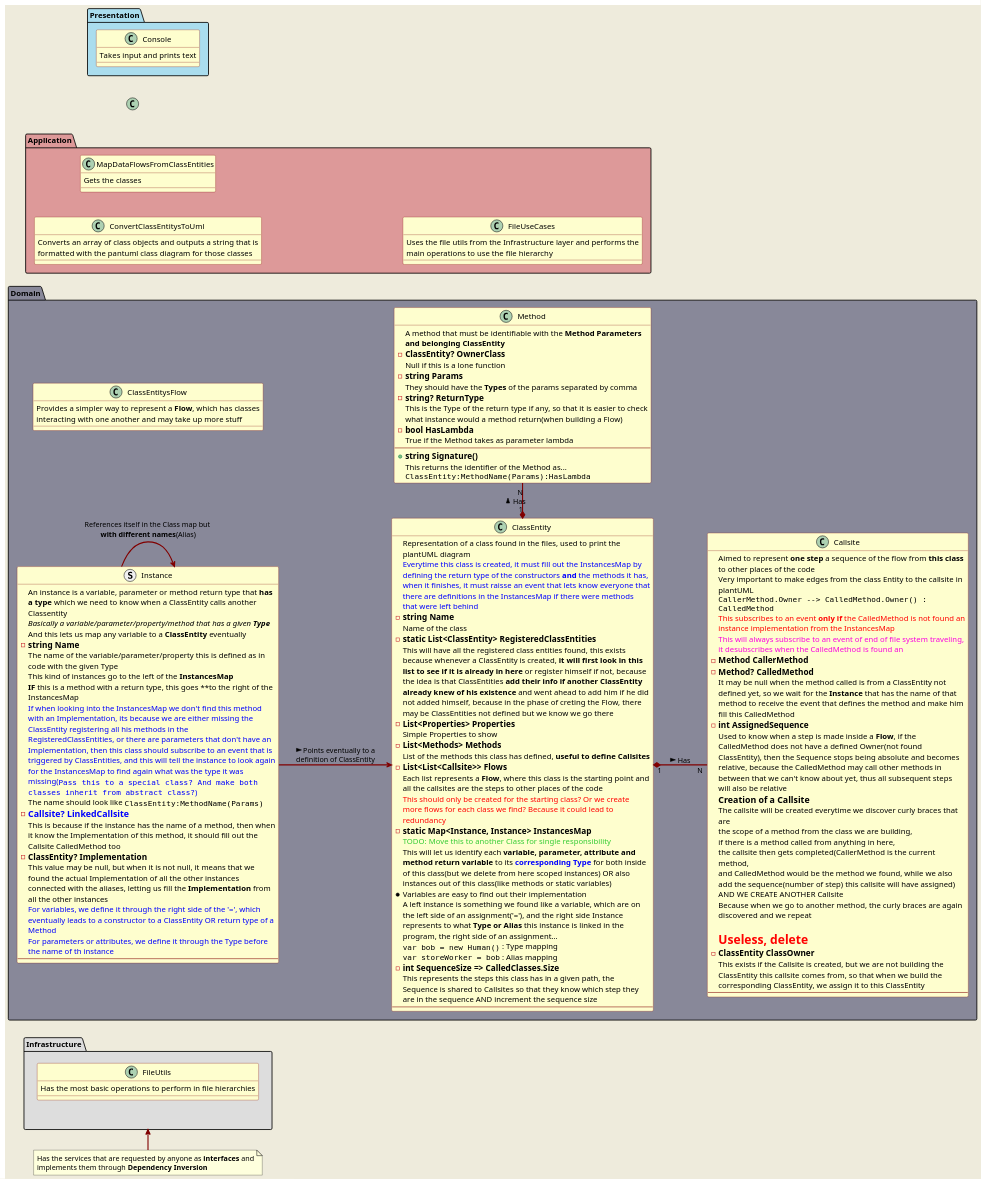
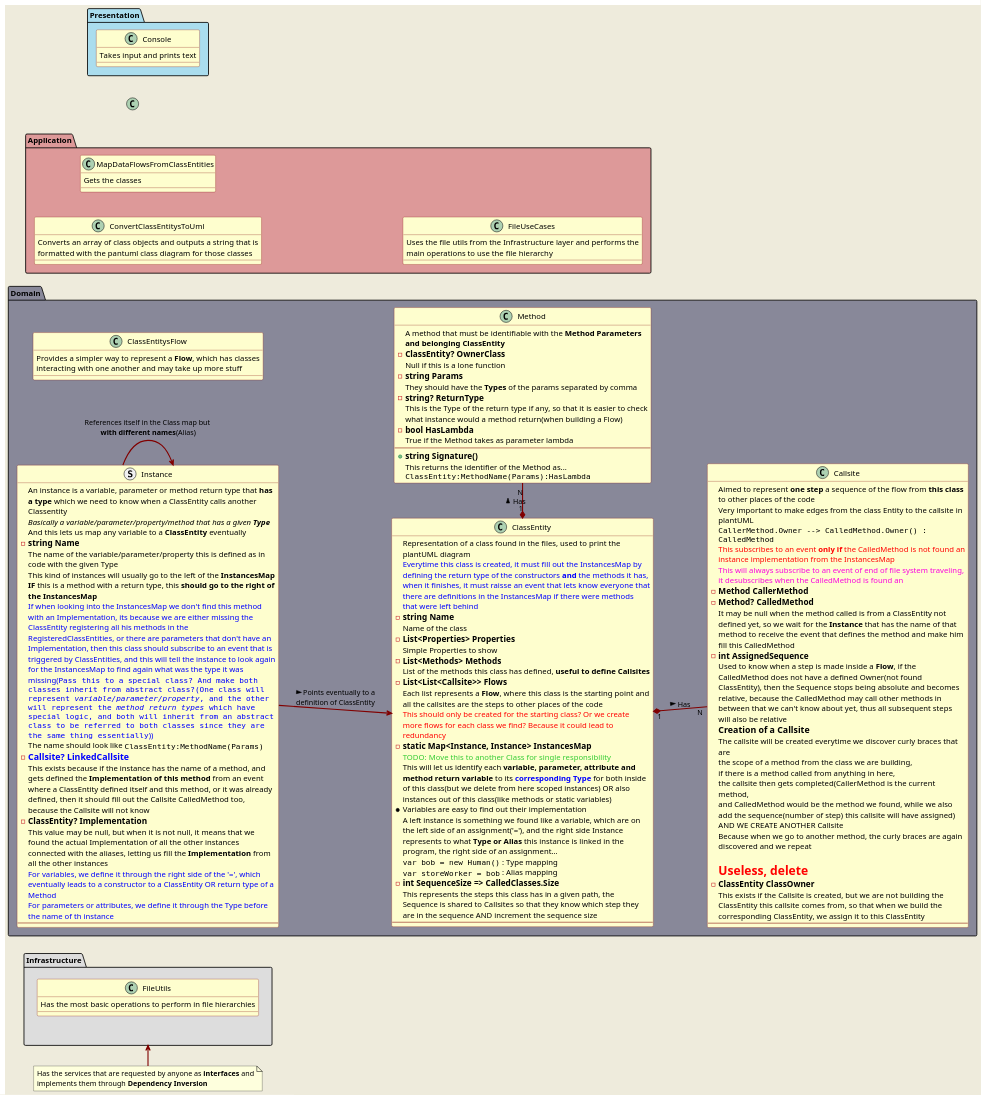
The diagram in Deesign/StartingDesign.puml (ToughKnee/FlowUML), drawn with PlantUML before and after one commit. The commit also changed 9 other files, not shown here.

```diff
--- a/Deesign/StartingDesign.puml
+++ b/Deesign/StartingDesign.puml
@@ -1,191 +1,189 @@
 @startuml
 
 'skinparam componentStyle uml1
 'skinparam linetype polyline
 'skinparam linetype ortho
 skinparam Nodesep 45
 'skinparam Ranksep 45
 'top to bottom direction
 left to right direction
 skinparam wrapWidth 450
 Skinparam backgroundColor #EEEBDC
 skinparam class {
 ArrowColor Maroon
 BorderColor Maroon
 BackgroundColor  #fefece
 ArrowThickness 2
 }
 
 '//===========================  Layout object, invisible object to maipualte the position of other objects
 skinparam class<<Layout>> {
   borderColor Transparent
   backgroundColor Transparent
   fontColor Transparent
   stereotypeFontColor Transparent
 }
 class layouter <<Layout>>
 '//====
 
 package Presentation #ade
 {
   class Console
   {
     Takes input and prints text
   }
 }
 
 
 package Infrastructure #ddd 
 {
   class FileUtils
   {
     Has the most basic operations to perform in file hierarchies
   }
 }
 note as infLayerNote
   Has the services that are requested by anyone as **interfaces** and implements them through **Dependency Inversion**
   end note
   infLayerNote -> Infrastructure
 
 
 package Application #d99
 {
   'TODO: Rethink if this is a good way to manipulate a **Flow** 
   class ConvertClassEntitysToUml
   {
     Converts an array of class objects and outputs a string that is formatted with the pantuml class diagram for those classes
   }
 
   class MapDataFlowsFromClassEntities
   {
     Gets the classes 
   }
 
   class FileUseCases
   {
     Uses the file utils from the Infrastructure layer and performs the main operations to use the file hierarchy
   }
 }
 package Domain #889
 {
   'TODO: Rethink as  just **Flow** instead of this name
   class ClassEntitysFlow
   {
     Provides a simpler way to represent a **Flow**, which has classes interacting with one another and may take up more stuff
   }
 
   class Callsite
   {
     Aimed to represent **one step** a sequence of the flow from **this class** to other places of the code
     Very important to make edges from the class Entity to the callsite in plantUML
     ""CallerMethod.Owner --> CalledMethod.Owner() : CalledMethod""
     <color:Red>This subscribes to an event **only if** the CalledMethod is not found an instance implementation from the InstancesMap
     <color:fa00df>This will always subscribe to an event of end of file system traveling, it desubscribes when the CalledMethod is found an
     -===Method CallerMethod
     -===Method? CalledMethod
     It may be null when the method called is from a ClassEntity not defined yet, so we wait for the **Instance** that has the name of that method to receive the event that defines the method and make him fill this CalledMethod
     -===int AssignedSequence
     Used to know when a step is made inside a **Flow**, if the CalledMethod does not have a defined Owner(not found ClassEntity), then the Sequence stops being absolute and becomes relative, because the CalledMethod may call other methods in between that we can't know about yet, thus all subsequent steps will also be relative
     ==Creation of a Callsite
     The callsite will be created everytime we discover curly braces that are
     the scope of a method from the class we are building,
     if there is a method called from anything in here, 
     the callsite then gets completed(CallerMethod is the current method,
     and CalledMethod would be the method we found, while we also
     add the sequence(number of step) this callsite will have assigned) AND WE CREATE ANOTHER Callsite
     Because when we go to another method, the curly braces are again discovered and we repeat
 
     =<color:Red>Useless, delete
     -===ClassEntity ClassOwner
     This exists if the Callsite is created, but we are not building the ClassEntity this callsite comes from, so that when we build the corresponding ClassEntity, we assign it to this ClassEntity
     ----
   }
 
   /'
   Problem about methods that return a type we don't know
   We are building class A, and we are building the Flow with the callsites
   There is a callsite that heads into the method of class B, which we don't know yet
   And the return type we also don't know'/
 
   class Method
   {
     A method that must be identifiable with the **Method Parameters and belonging ClassEntity** 
     -===ClassEntity? OwnerClass
     Null if this is a lone function
     -===string Params
     They should have the **Types** of the params separated by comma
     -===string? ReturnType
     This is the Type of the return type if any, so that it is easier to check what instance would a method return(when building a Flow)
     -===bool HasLambda
     True if the Method takes as parameter lambda
     ----
     +===string Signature()
     This returns the identifier of the Method as...
     ""ClassEntity:MethodName(Params):HasLambda""
   }
 
   class ClassEntity
   {
     Representation of a class found in the files, used to print the plantUML diagram
     <color:Blue>Everytime this class is created, it must fill out the InstancesMap by defining the return type of the constructors **and** the methods it has, when it finishes, it must raisse an event that lets know everyone that there are definitions in the InstancesMap if there were methods that were left behind
     -===string Name
     Name of the class
-    -===static List<ClassEntity> RegisteredClassEntities
-    This will have all the registered class entities found, this exists because whenever a ClassEntity is created, **it will first look in this list to see if it is already in here** or register himself if not, because the idea is that ClassEntities **add their info if another ClassEntity already knew of his existence** and went ahead to add him if he did not added himself, because in the phase of creting the Flow, there may be ClassEntities not defined but we know we go there
     -===List<Properties> Properties
     Simple Properties to show
     -===List<Methods> Methods
     List of the methods this class has defined, **useful to define Callsites**
     -===List<List<Callsite>> Flows
     Each list represents a **Flow**, where this class is the starting point and all the callsites are the steps to other places of the code
     <color:Red>This should only be created for the starting class? Or we create more flows for each class we find? Because it could lead to redundancy
     -===static Map<Instance, Instance> InstancesMap
     <color:3c3>TODO: Move this to another Class for single responsibility
     This will let us identify each **variable, parameter, attribute and method return variable** to its <color:Blue>**corresponding Type**</color> for both inside of this class(but we delete from here scoped instances) OR also instances out of this class(like methods or static variables)
     *Variables are easy to find out their implementation
     A left instance is something we found like a variable, which are on the left side of an assignment('='), and the right side Instance represents to what **Type or Alias** this instance is linked in the program, the right side of an assignment...
     ""var bob = new Human()"" : Type mapping
     ""var storeWorker = bob"" : Alias mapping
     -===int SequenceSize => CalledClasses.Size
     This represents the steps this class has in a given path, the Sequence is shared to Callsites so that they know which step they are in the sequence AND increment the sequence size 
     ----
   }
 
   struct Instance
   {
     An instance is a variable, parameter or method return type that **has a type** which we need to know when a ClassEntity calls another Classentity
     ====Basically a variable/parameter/property/method that has a given **Type**
     And this lets us map any variable to a **ClassEntity** eventually
     -===string Name
     The name of the variable/parameter/property this is defined as in code with the given Type
-    This kind of instances go to the left of the **InstancesMap**
-    **IF** this is a method with a return type, this goes **to the right of the InstancesMap
-    <color:Blue>If when looking into the InstancesMap we don't find this method with an Implementation, its because we are either missing the ClassEntity registering all his methods in the RegisteredClassEntities, or there are parameters that don't have an Implementation, then this class should subscribe to an event that is triggered by ClassEntities, and this will tell the instance to look again for the InstancesMap to find again what was the type it was missing(""Pass this to a special class? And make both classes inherit from abstract class?"")
+    This kind of instances will usually go to the left of the **InstancesMap**
+    **IF** this is a method with a return type, this **should go to the right of the InstancesMap**
+    <color:Blue>If when looking into the InstancesMap we don't find this method with an Implementation, its because we are either missing the ClassEntity registering all his methods in the RegisteredClassEntities, or there are parameters that don't have an Implementation, then this class should subscribe to an event that is triggered by ClassEntities, and this will tell the instance to look again for the InstancesMap to find again what was the type it was missing(""Pass this to a special class? And make both classes inherit from abstract class?(One class will represent //variable/parameter/property//, and the other will represent the //method return types// which have special logic, and both will inherit from an abstract class to be referred to both classes since they are the same thing essentially""))
     The name should look like ""ClassEntity:MethodName(Params)""
     -===<color:Blue>Callsite? LinkedCallsite
-    This is because if the instance has the name of a method, then when it know the Implementation of this method, it should fill out the Callsite CalledMethod too 
+    This exists because if the instance has the name of a method, and gets defined the **Implementation of this method** from an event where a ClassEntity defined itself and this method, or it was already defined, then it should fill out the Callsite CalledMethod too, because the Callsite will not know 
     -===ClassEntity? Implementation
     This value may be null, but when it is not null, it means that we found the actual Implementation of all the other instances connected with the aliases, letting us fill the **Implementation** from all the other instances
     <color:Blue>For variables, we define it through the right side of the '=', which eventually leads to a constructor to a ClassEntity OR return type of a Method
     <color:Blue>For parameters or attributes, we define it through the Type before the name of th instance
     ----
   }
 
 }
 /'
 There must be an entity, which represents a class in the code files, and make connection to other classes
 
 '/
 
 
 
 
 '//===========================  Connections
 Instance --> Instance : References itself in the Class map but \n**with different names**(Alias)
 Instance --> ClassEntity : > Points eventually to a \ndefinition of ClassEntity
 ClassEntity "1" *-r- "N" Method : > Has
 ClassEntity "1" *-- "N" Callsite : > Has
 
 
 
 @enduml
```
